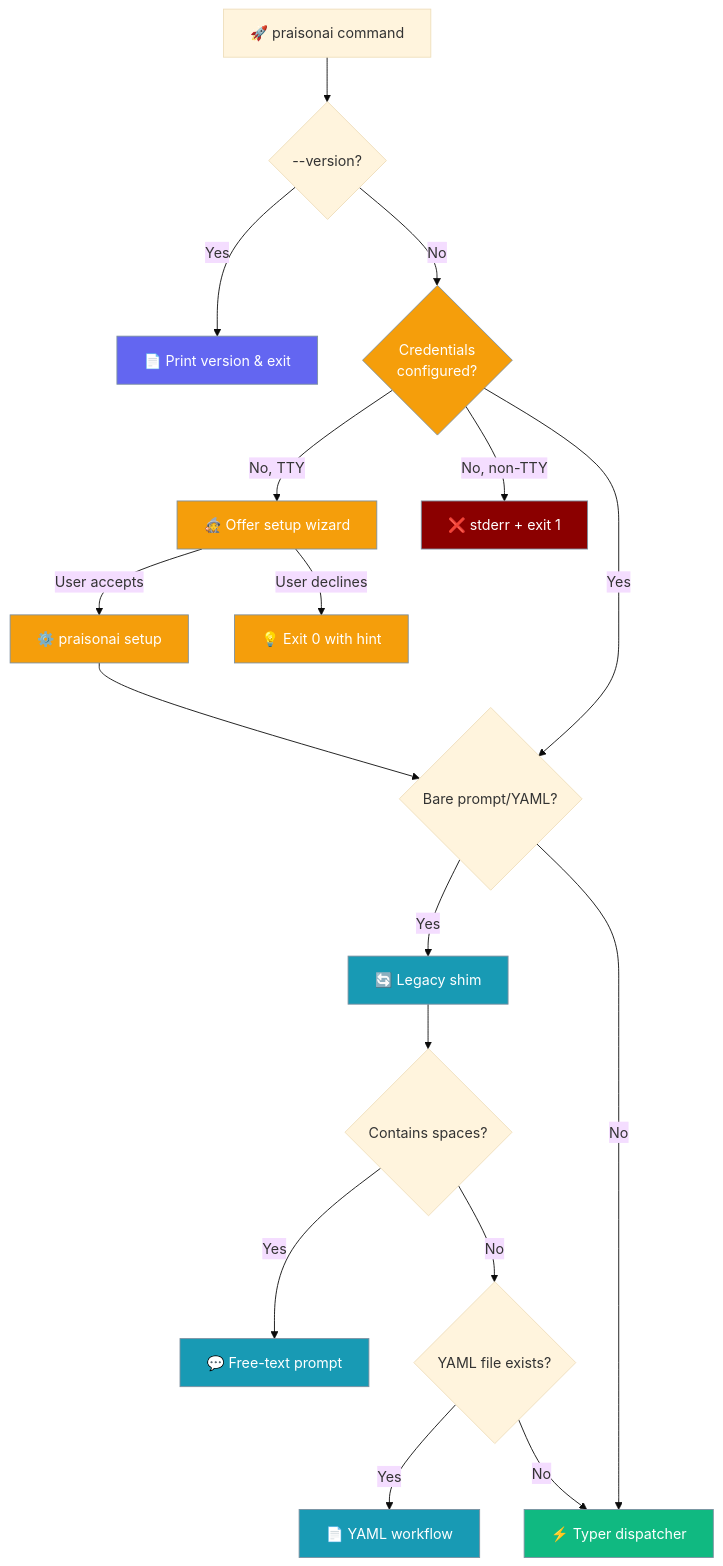
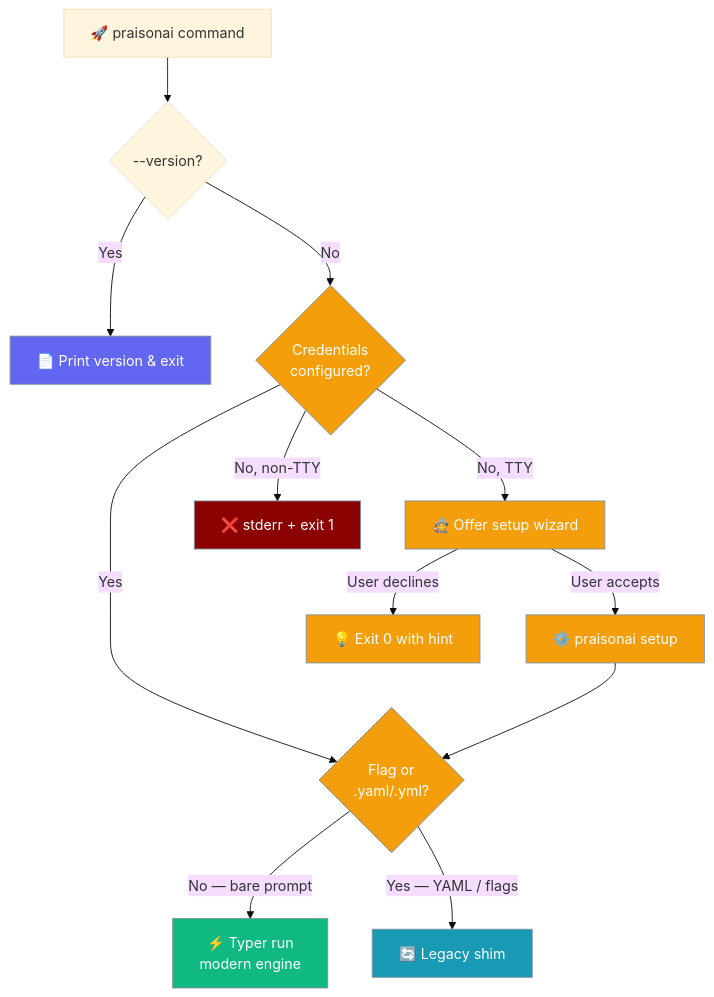
One commit to MervinPraison/PraisonAIDocs changed the first of 2 diagrams in docs/cli/cli.mdx. Above: the diagram before and after it, drawn with Mermaid (base theme). The commit also changed other lines of this file and 4 other files, not shown here.

First line of the commit message:
docs: route bare prompts through Typer run engine (fixes #2302)

````diff
--- a/docs/cli/cli.mdx
+++ b/docs/cli/cli.mdx
@@ -21,33 +21,27 @@
 ```mermaid
 graph TB
     Start[🚀 praisonai command] --> Version{--version?}
     Version -->|Yes| PrintVersion[📄 Print version & exit]
     Version -->|No| Auth{Credentials<br/>configured?}
     Auth -->|No, TTY| Wizard[🧙 Offer setup wizard]
     Auth -->|No, non-TTY| Err[❌ stderr + exit 1]
-    Auth -->|Yes| LegacyCheck{Bare prompt/YAML?}
+    Auth -->|Yes| RouteCheck{Flag or<br/>.yaml/.yml?}
     Wizard -->|User accepts| SetupRun[⚙️ praisonai setup]
     Wizard -->|User declines| Exit0[💡 Exit 0 with hint]
-    SetupRun --> LegacyCheck
-    LegacyCheck -->|Yes| Legacy[🔄 Legacy shim]
-    LegacyCheck -->|No| Typer[⚡ Typer dispatcher]
-    
-    Legacy --> PromptCheck{Contains spaces?}
-    PromptCheck -->|Yes| FreeText[💬 Free-text prompt]
-    PromptCheck -->|No| FileCheck{YAML file exists?}
-    FileCheck -->|Yes| YAMLFile[📄 YAML workflow]
-    FileCheck -->|No| Typer
+    SetupRun --> RouteCheck
+    RouteCheck -->|No — bare prompt| Typer[⚡ Typer run<br/>modern engine]
+    RouteCheck -->|Yes — YAML / flags| Legacy[🔄 Legacy shim]
     
     classDef version fill:#6366F1,stroke:#7C90A0,color:#fff
     classDef auth fill:#F59E0B,stroke:#7C90A0,color:#fff
     classDef error fill:#8B0000,stroke:#7C90A0,color:#fff
     classDef legacy fill:#189AB4,stroke:#7C90A0,color:#fff
     classDef typer fill:#10B981,stroke:#7C90A0,color:#fff
     
     class PrintVersion version
-    class Auth auth
+    class Auth,RouteCheck auth
     class Wizard,SetupRun,Exit0 auth
     class Err error
-    class Legacy,FreeText,YAMLFile legacy
+    class Legacy legacy
     class Typer typer
 ```
````
